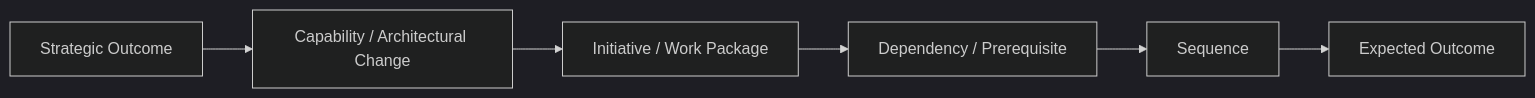
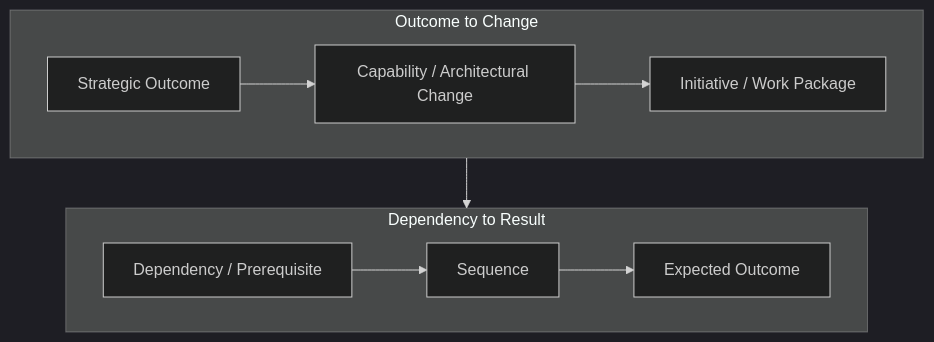
Before and after one commit to avfranco-br/portfolio: the eighth of 24 diagrams in docs/sop/methods/architecture-assessment-and-roadmap.md, drawn with Mermaid (dark theme). The commit also changed other lines of this file and 10 other files, not shown here.

Commit message:
Refactor Mermaid diagrams across SOP and methods documentation for legibility

````diff
--- a/docs/sop/methods/architecture-assessment-and-roadmap.md
+++ b/docs/sop/methods/architecture-assessment-and-roadmap.md
@@ -509,10 +551,16 @@
 ```mermaid
-flowchart LR
-    A["Strategic Outcome"]
-    B["Capability / Architectural Change"]
-    C["Initiative / Work Package"]
-    D["Dependency / Prerequisite"]
-    E["Sequence"]
-    F["Expected Outcome"]
-    A --> B --> C --> D --> E --> F
+flowchart TD
+    subgraph Tier1["Outcome to Change"]
+        direction LR
+        A["Strategic Outcome"] --> B["Capability / Architectural Change"]
+        B --> C["Initiative / Work Package"]
+    end
+
+    subgraph Tier2["Dependency to Result"]
+        direction LR
+        D["Dependency / Prerequisite"] --> E["Sequence"]
+        E --> F["Expected Outcome"]
+    end
+
+    C --> D
 ```
````
